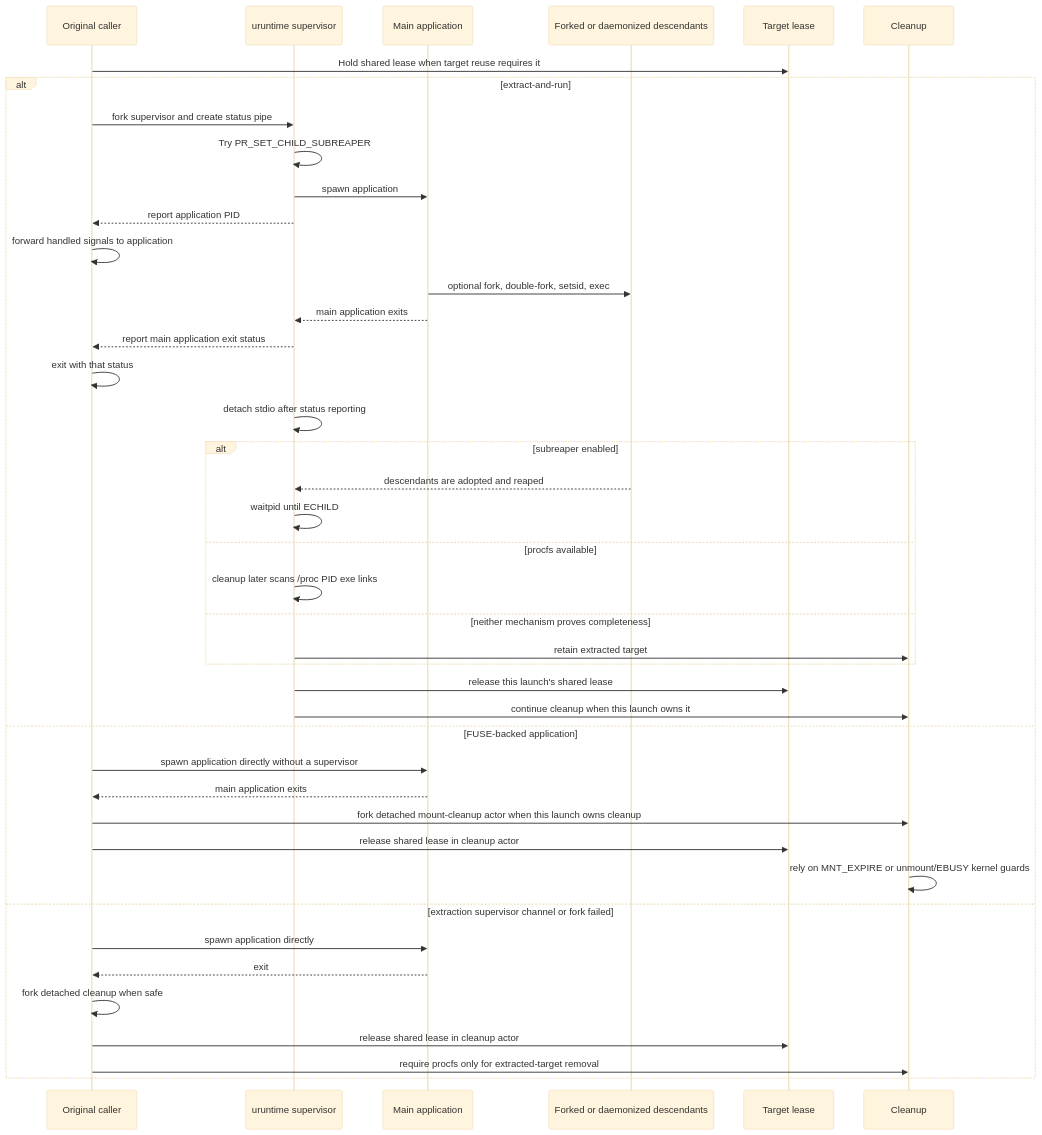
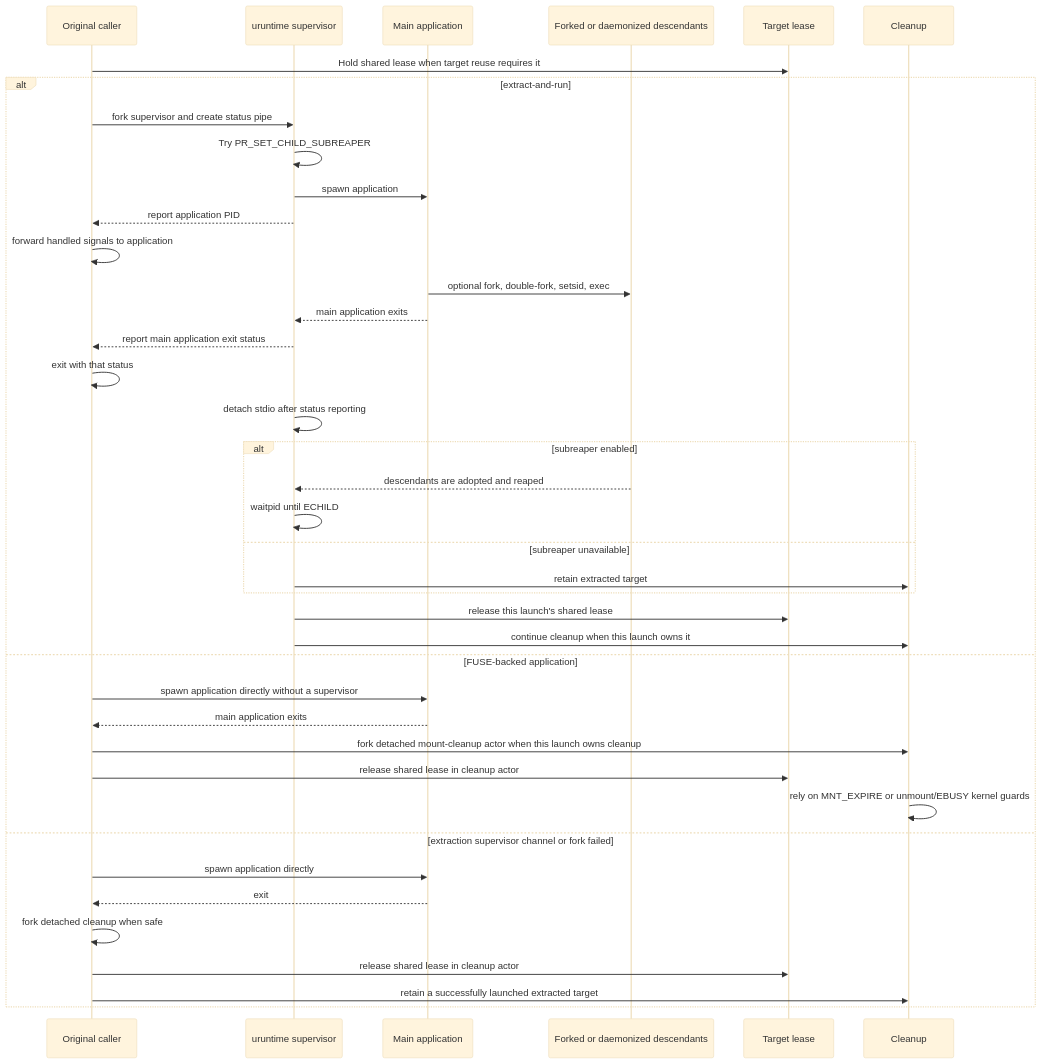
One commit to VHSgunzo/uruntime changed the fourth of 6 diagrams in docs/APPLICATION_LIFECYCLE.md. Above: the diagram before and after it, drawn with Mermaid (base theme). The commit also changed other lines of this file and 10 other files, not shown here.

````diff
--- a/docs/APPLICATION_LIFECYCLE.md
+++ b/docs/APPLICATION_LIFECYCLE.md
@@ -574,45 +573,43 @@
 ```mermaid
 sequenceDiagram
     participant C as Original caller
     participant S as uruntime supervisor
     participant A as Main application
     participant D as Forked or daemonized descendants
     participant L as Target lease
     participant K as Cleanup
 
     C->>L: Hold shared lease when target reuse requires it
     alt extract-and-run
         C->>S: fork supervisor and create status pipe
         S->>S: Try PR_SET_CHILD_SUBREAPER
         S->>A: spawn application
         S-->>C: report application PID
         C->>C: forward handled signals to application
         A->>D: optional fork, double-fork, setsid, exec
         A-->>S: main application exits
         S-->>C: report main application exit status
         C->>C: exit with that status
         S->>S: detach stdio after status reporting
         alt subreaper enabled
             D-->>S: descendants are adopted and reaped
             S->>S: waitpid until ECHILD
-        else procfs available
-            S->>S: cleanup later scans /proc PID exe links
-        else neither mechanism proves completeness
+        else subreaper unavailable
             S->>K: retain extracted target
         end
         S->>L: release this launch's shared lease
         S->>K: continue cleanup when this launch owns it
     else FUSE-backed application
         C->>A: spawn application directly without a supervisor
         A-->>C: main application exits
         C->>K: fork detached mount-cleanup actor when this launch owns cleanup
         C->>L: release shared lease in cleanup actor
         K->>K: rely on MNT_EXPIRE or unmount/EBUSY kernel guards
     else extraction supervisor channel or fork failed
         C->>A: spawn application directly
         A-->>C: exit
         C->>C: fork detached cleanup when safe
         C->>L: release shared lease in cleanup actor
-        C->>K: require procfs only for extracted-target removal
+        C->>K: retain a successfully launched extracted target
     end
 ```
````
